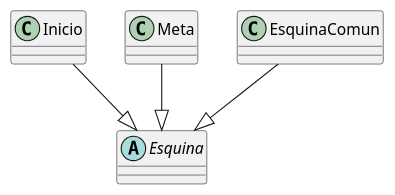
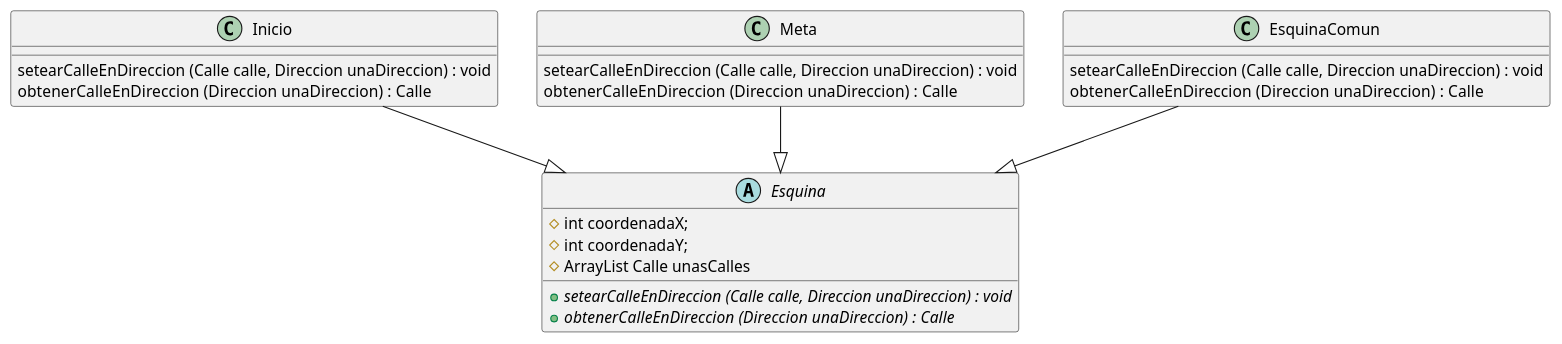
Before and after one commit to FacundoBaez1994/Algo3Tp2: the diagram in diagrams/classes/DiagramaDeClasesHerenciaEsquina.puml, drawn with PlantUML. The commit also changed 5 other files, not shown here.

Commit message:
Diagrama de Clases actualizados

```diff
--- a/diagrams/classes/DiagramaDeClasesHerenciaEsquina.puml
+++ b/diagrams/classes/DiagramaDeClasesHerenciaEsquina.puml
@@ -1,10 +1,26 @@
 @startuml
-abstract class Esquina
+abstract class Esquina  {
+    # int coordenadaX;
+    # int coordenadaY;
+    # ArrayList Calle unasCalles
+    + {abstract} setearCalleEnDireccion (Calle calle, Direccion unaDireccion) : void
+    + {abstract} obtenerCalleEnDireccion (Direccion unaDireccion) :  Calle
+}
 class Inicio
-class Meta
-class EsquinaComun
+{
+    setearCalleEnDireccion (Calle calle, Direccion unaDireccion) : void
+    obtenerCalleEnDireccion (Direccion unaDireccion) :  Calle
+            }
+class Meta{
+    setearCalleEnDireccion (Calle calle, Direccion unaDireccion) : void
+    obtenerCalleEnDireccion (Direccion unaDireccion) :  Calle
+}
+class EsquinaComun {
+    setearCalleEnDireccion (Calle calle, Direccion unaDireccion) : void
+    obtenerCalleEnDireccion (Direccion unaDireccion) :  Calle
+}
 Inicio --|> Esquina
 Meta --|> Esquina
 EsquinaComun --|> Esquina
 
 @enduml
```
